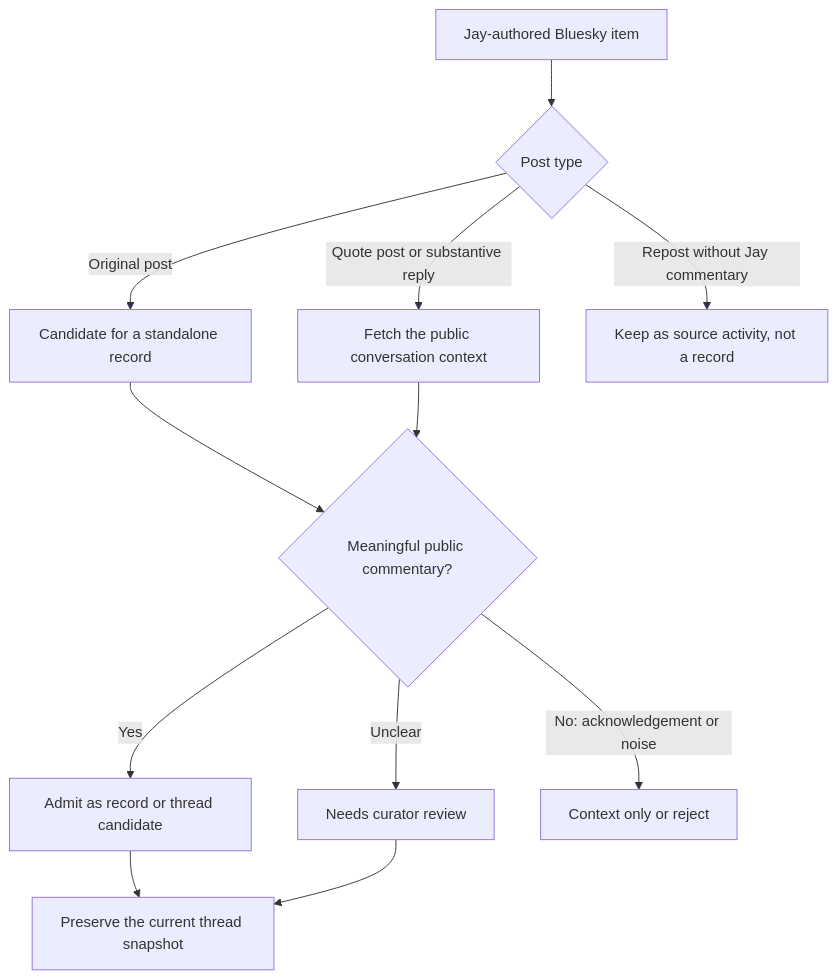
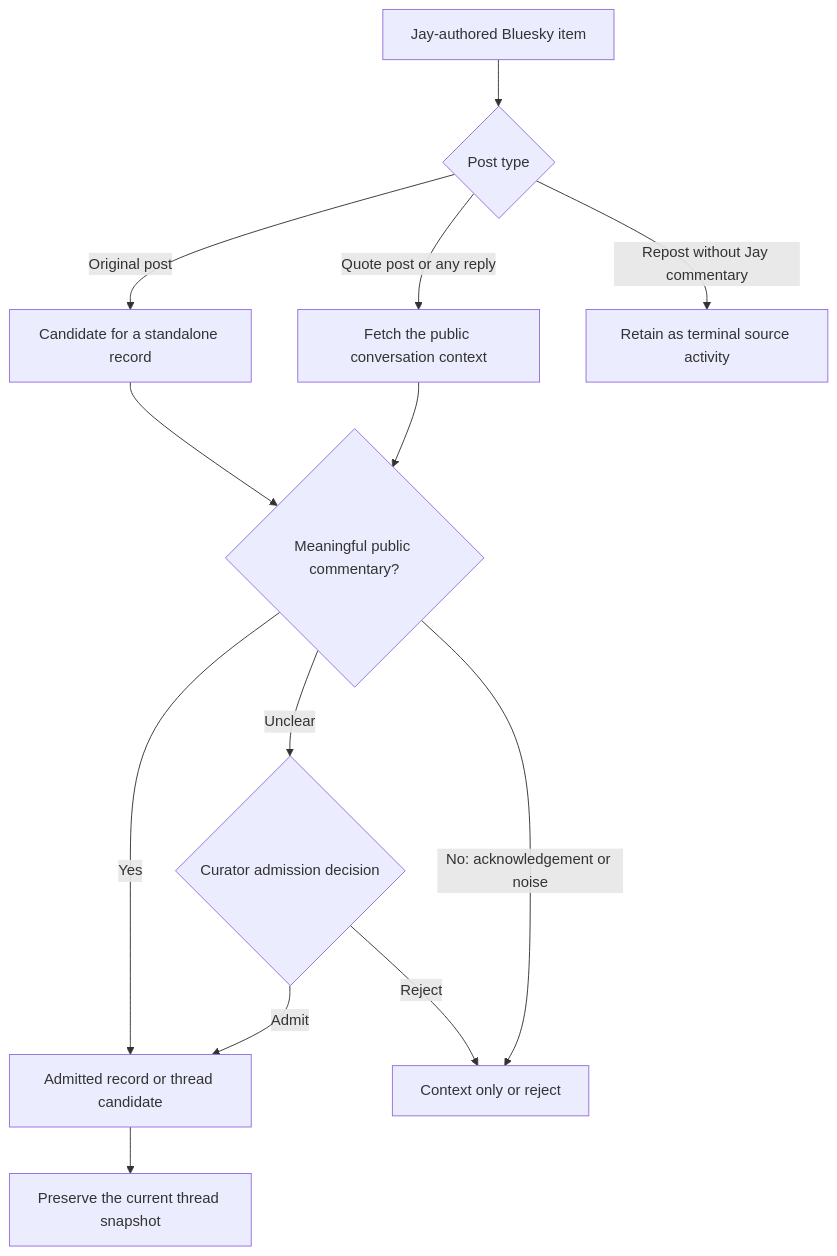
One commit to jamditis/rosen-frontend changed the second of 4 diagrams in docs/bluesky-stewardship-pipeline.md. Above: the diagram before and after it, drawn with Mermaid. The commit also changed other lines of this file, not shown here.

Commit message:
docs: bound and serialize stewardship intake

````diff
--- a/docs/bluesky-stewardship-pipeline.md
+++ b/docs/bluesky-stewardship-pipeline.md
@@ -69,14 +69,15 @@
 ```mermaid
 flowchart TD
     A[Jay-authored Bluesky item] --> B{Post type}
     B -->|Original post| C[Candidate for a standalone record]
-    B -->|Quote post or substantive reply| D[Fetch the public conversation context]
-    B -->|Repost without Jay commentary| E[Keep as source activity, not a record]
+    B -->|Quote post or any reply| D[Fetch the public conversation context]
+    B -->|Repost without Jay commentary| E[Retain as terminal source activity]
     C --> F{Meaningful public commentary?}
     D --> F
-    F -->|Yes| G[Admit as record or thread candidate]
-    F -->|Unclear| H[Needs curator review]
+    F -->|Yes| G[Admitted record or thread candidate]
+    F -->|Unclear| H{Curator admission decision}
     F -->|No: acknowledgement or noise| I[Context only or reject]
+    H -->|Admit| G
+    H -->|Reject| I
     G --> J[Preserve the current thread snapshot]
-    H --> J
 ```
````
